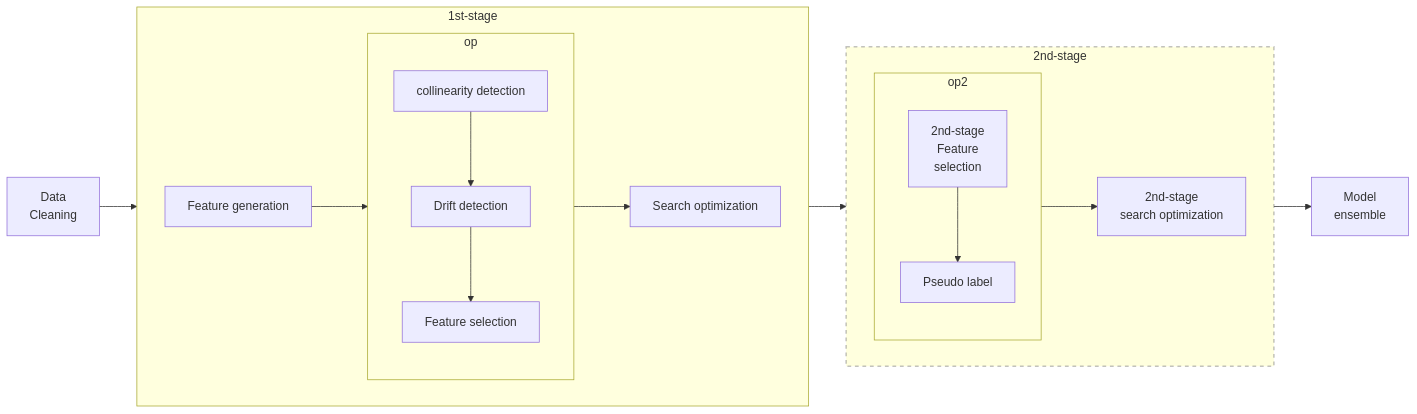
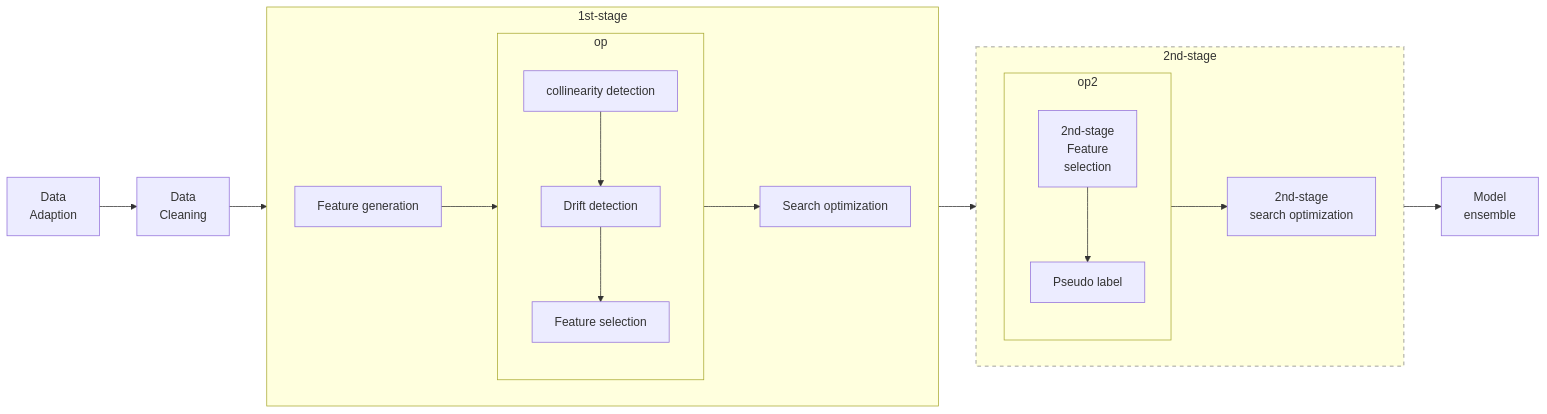
Before and after one commit to DataCanvasIO/HyperGBM: the diagram in docs/en_US/source/example_advanced.rst, drawn with Mermaid. The commit also changed other lines of this file and 1 other file, not shown here.

```diff
--- a/docs/en_US/source/example_advanced.rst
+++ b/docs/en_US/source/example_advanced.rst
@@ -6,36 +6,37 @@
 .. mermaid::
 
     flowchart LR
+        da[Data<br/>Adaption]
         dc[Data<br/>Cleaning]
         fg[Feature generation]
         cd[collinearity detection]
         dd[Drift detection]
         fs[Feature selection]
         s1[Search optimization]
         pi[2nd-stage<br/>Feature<br/>selection]
         pl[Pseudo label]
         s2[2nd-stage<br/>search optimization]
         em[Model<br/>ensemble]
         op2[op]
 
         subgraph 1st-stage
             direction LR
             subgraph op
                 direction TB
                 cd-->dd
                 dd-->fs
             end
             fg-->op
             op-->s1
         end
         subgraph 2nd-stage
             direction LR
             subgraph op2
                 direction TB
                 pi-->pl
             end
             op2-->s2
         end
-        dc-->1st-stage-->2nd-stage-->em
+        da-->dc-->1st-stage-->2nd-stage-->em
 
         style 2nd-stage stroke:#6666,stroke-width:2px,stroke-dasharray: 5, 5;
```
